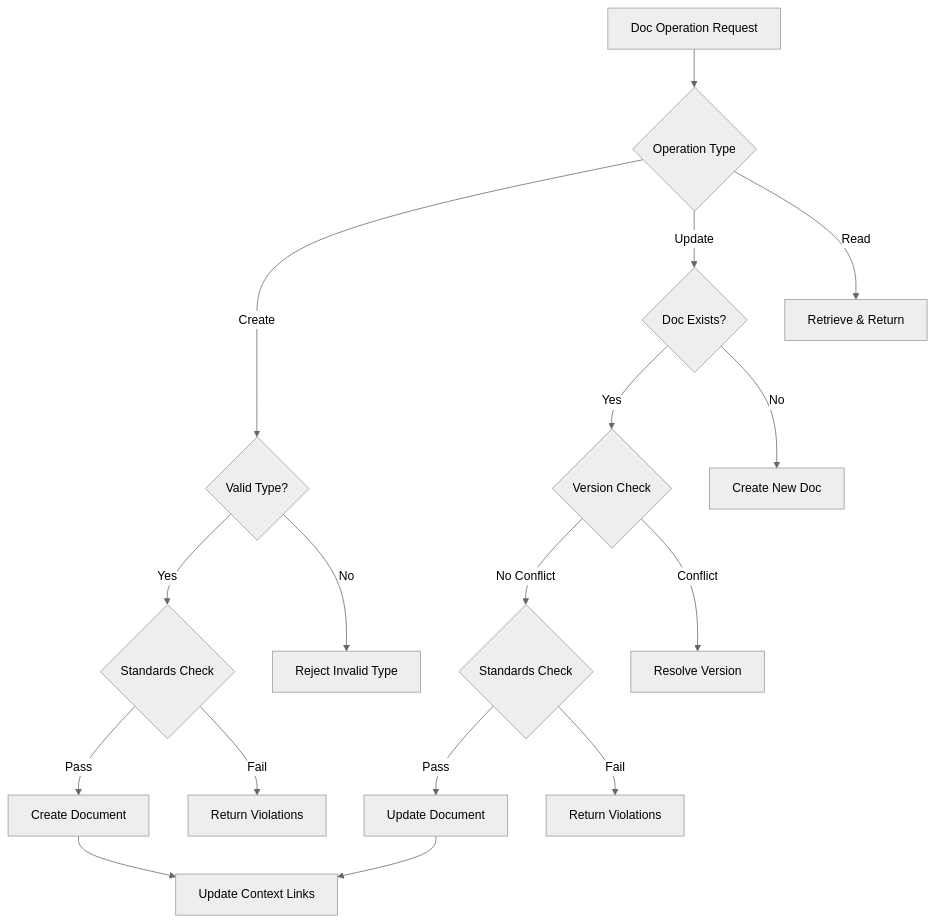
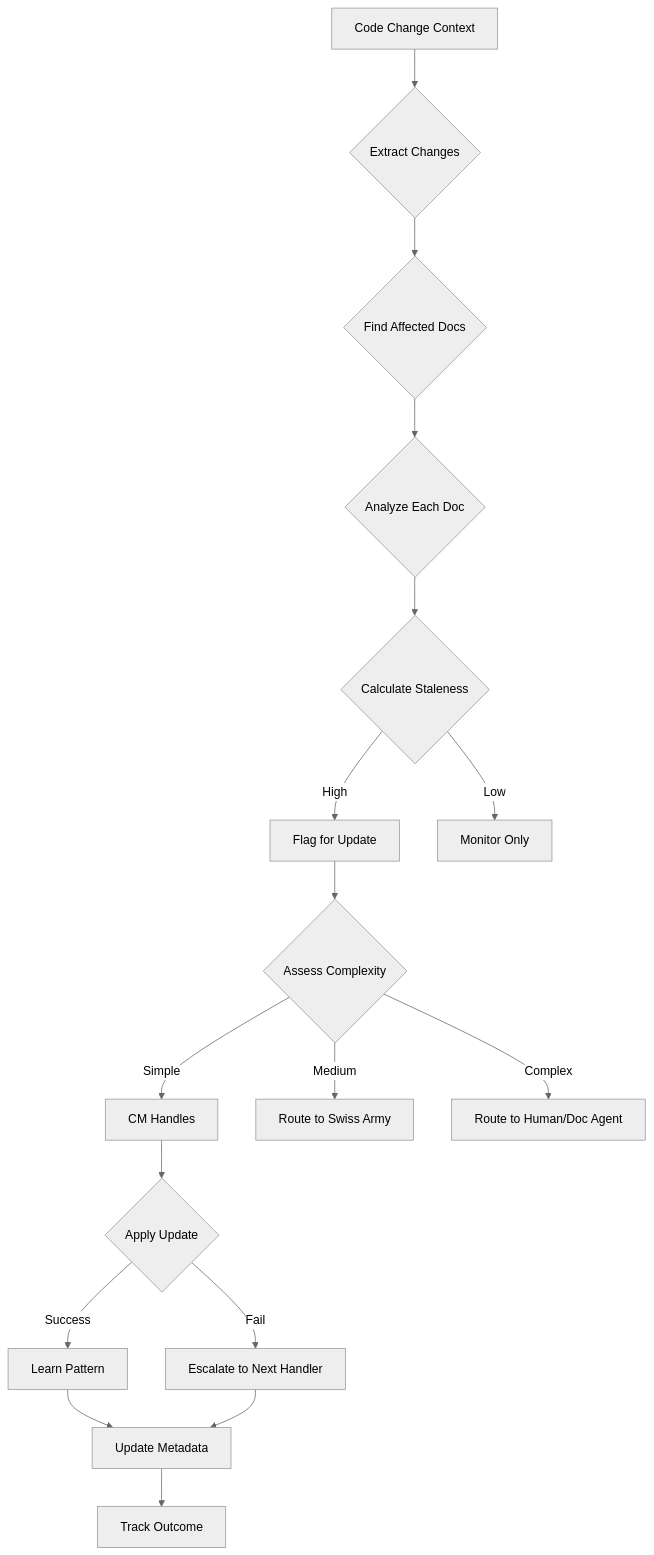
One commit to jmontp/agent-workflow changed the third of 3 diagrams in docs/agents/context-manager/AGENT_SPECIFICATION.md. Above: the diagram before and after it, drawn with Mermaid (neutral theme). The commit also changed other lines of this file and 2 other files, not shown here.

````diff
--- a/docs/agents/context-manager/AGENT_SPECIFICATION.md
+++ b/docs/agents/context-manager/AGENT_SPECIFICATION.md
@@ -259,25 +273,24 @@
 ```mermaid
 graph TD
-    A[Doc Operation Request] --> B{Operation Type}
-    B -->|Create| C{Valid Type?}
-    B -->|Update| D{Doc Exists?}
-    B -->|Read| E[Retrieve & Return]
+    A[Code Change Context] --> B{Extract Changes}
+    B --> C{Find Affected Docs}
+    C --> D{Analyze Each Doc}
     
-    C -->|Yes| F{Standards Check}
-    C -->|No| G[Reject Invalid Type]
+    D --> E{Calculate Staleness}
+    E -->|High| F[Flag for Update]
+    E -->|Low| G[Monitor Only]
     
-    D -->|Yes| H{Version Check}
-    D -->|No| I[Create New Doc]
+    F --> H{Assess Complexity}
+    H -->|Simple| I[CM Handles]
+    H -->|Medium| J[Route to Swiss Army]
+    H -->|Complex| K[Route to Human/Doc Agent]
     
-    F -->|Pass| J[Create Document]
-    F -->|Fail| K[Return Violations]
+    I --> L{Apply Update}
+    L -->|Success| M[Learn Pattern]
+    L -->|Fail| N[Escalate to Next Handler]
     
-    H -->|No Conflict| L{Standards Check}
-    H -->|Conflict| M[Resolve Version]
+    M --> O[Update Metadata]
+    N --> O
     
-    L -->|Pass| N[Update Document]
-    L -->|Fail| O[Return Violations]
-    
-    N --> P[Update Context Links]
-    J --> P
+    O --> P[Track Outcome]
 ```
````
